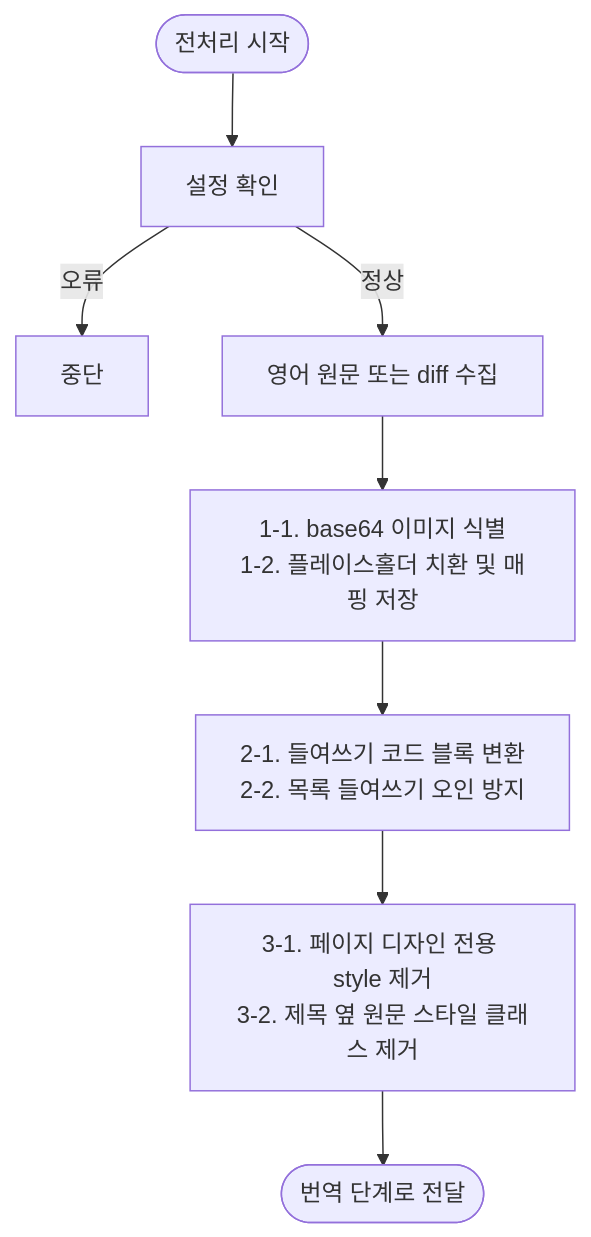
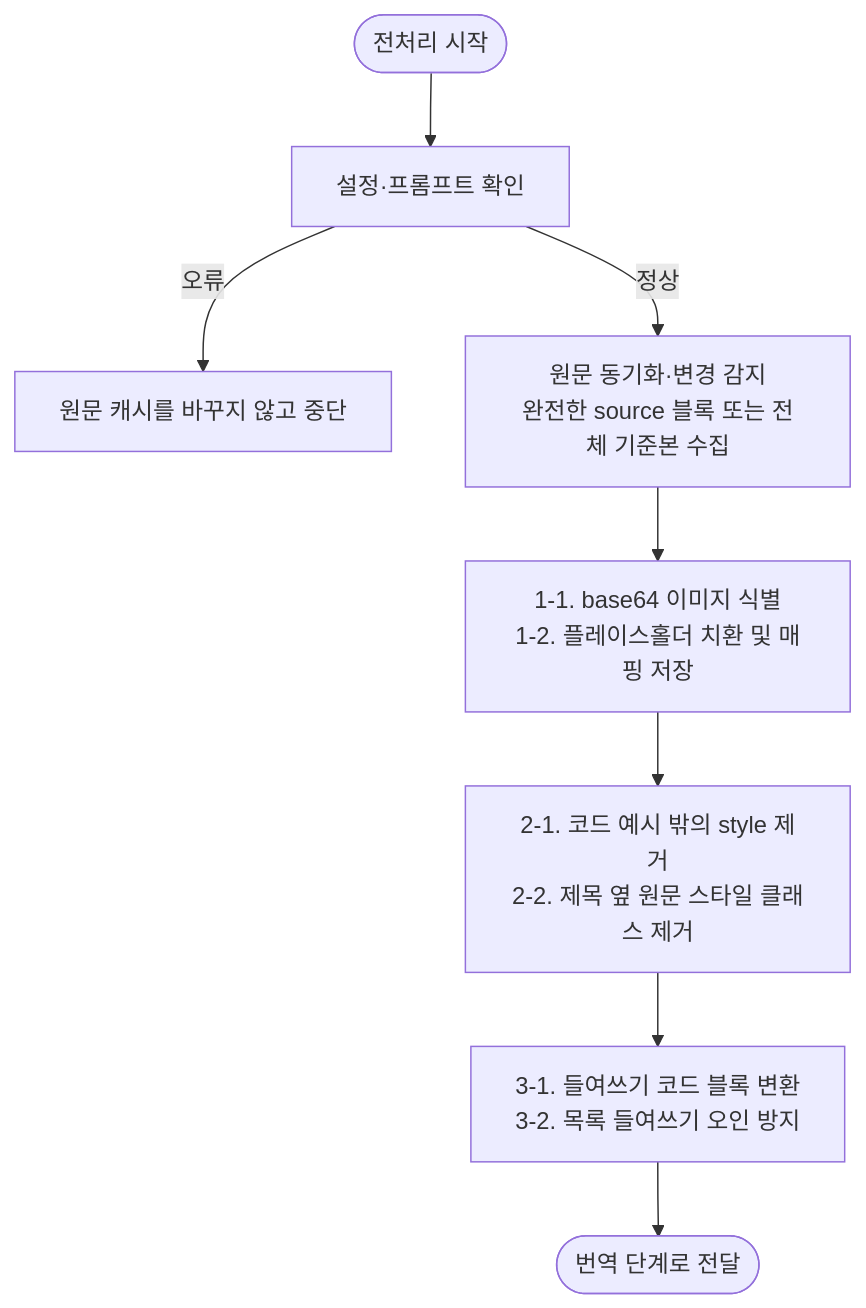
The diagram in translation-sync/docs/01-preprocessing.md (letsescape/laravel-docs), drawn with Mermaid before and after one commit. The commit also changed other lines of this file and 76 other files, not shown here.

````diff
--- a/translation-sync/docs/01-preprocessing.md
+++ b/translation-sync/docs/01-preprocessing.md
@@ -5,10 +5,10 @@
 ```mermaid
 flowchart TD
-    A([전처리 시작]) --> X["설정 확인"]
-    X -- "오류" --> Y["중단"]
-    X -- "정상" --> B["영어 원문 또는 diff 수집"]
+    A([전처리 시작]) --> X["설정·프롬프트 확인"]
+    X -- "오류" --> Y["원문 캐시를 바꾸지 않고 중단"]
+    X -- "정상" --> B["원문 동기화·변경 감지<br/>완전한 source 블록 또는 전체 기준본 수집"]
     B --> C["1-1. base64 이미지 식별<br/>1-2. 플레이스홀더 치환 및 매핑 저장"]
-    C --> D["2-1. 들여쓰기 코드 블록 변환<br/>2-2. 목록 들여쓰기 오인 방지"]
-    D --> E["3-1. 페이지 디자인 전용 style 제거<br/>3-2. 제목 옆 원문 스타일 클래스 제거"]
+    C --> D["2-1. 코드 예시 밖의 style 제거<br/>2-2. 제목 옆 원문 스타일 클래스 제거"]
+    D --> E["3-1. 들여쓰기 코드 블록 변환<br/>3-2. 목록 들여쓰기 오인 방지"]
     E --> J([번역 단계로 전달])
 ```
````
